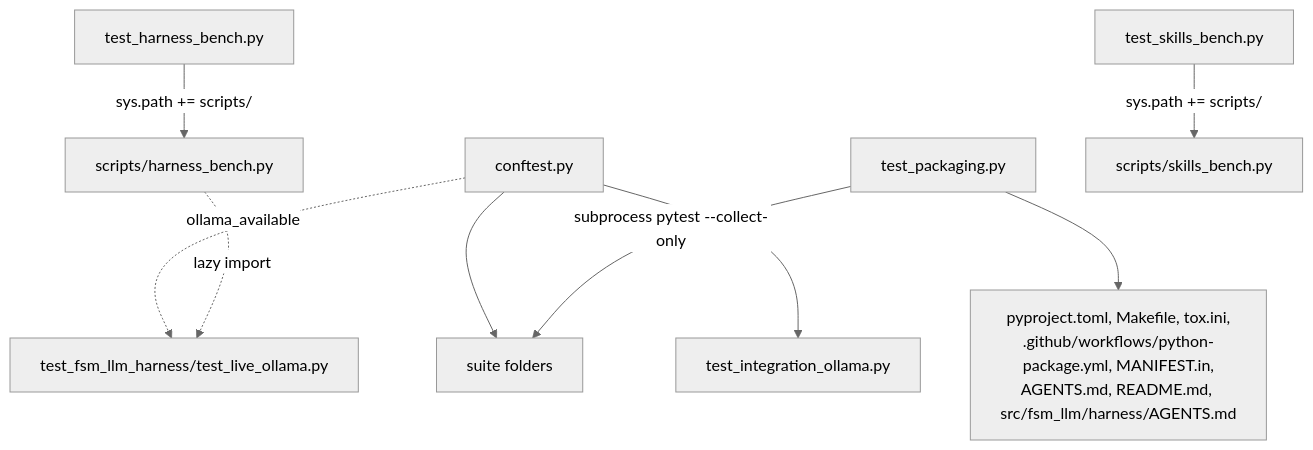
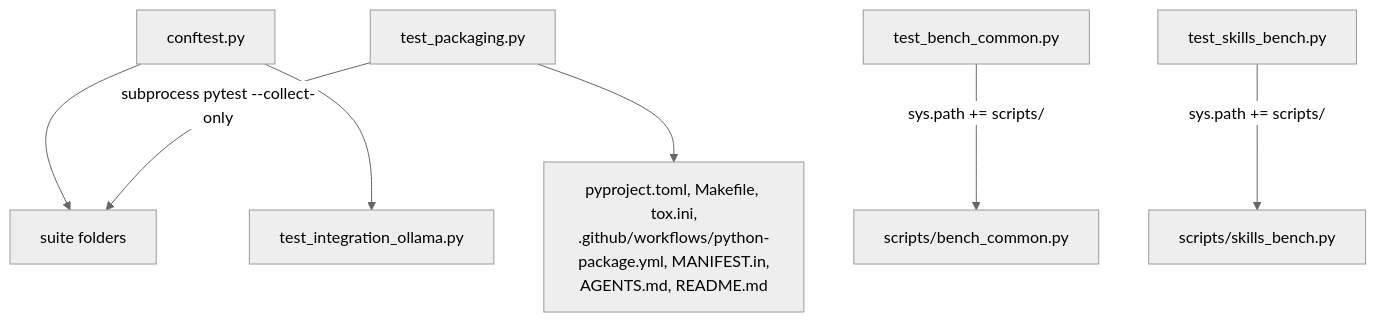
One commit to NikolasMarkou/fsm_llm changed the diagram in tests/AGENTS.md. Above: the diagram before and after it, drawn with Mermaid (neutral theme). The commit also changed other lines of this file and 7 other files, not shown here.

First line of the commit message:
[plan-2026-10-23-9312581f/iter-1/step-6] docs(tests): remove the harness from the test guides and the bench data README

````diff
--- a/tests/AGENTS.md
+++ b/tests/AGENTS.md
@@ -14,11 +14,9 @@
 ```mermaid
 flowchart TD
     conf[conftest.py] --> S[suite folders]
     conf --> io[test_integration_ollama.py]
-    conf -. ollama_available .-> hl[test_fsm_llm_harness/test_live_ollama.py]
     pkg[test_packaging.py] -->|subprocess pytest --collect-only| S
-    pkg --> files[pyproject.toml, Makefile, tox.ini,<br/>.github/workflows/python-package.yml, MANIFEST.in,<br/>AGENTS.md, README.md, src/fsm_llm/harness/AGENTS.md]
-    thb[test_harness_bench.py] -->|sys.path += scripts/| hb[scripts/harness_bench.py]
+    pkg --> files[pyproject.toml, Makefile, tox.ini,<br/>.github/workflows/python-package.yml, MANIFEST.in,<br/>AGENTS.md, README.md]
+    tbc[test_bench_common.py] -->|sys.path += scripts/| bc[scripts/bench_common.py]
     tsb[test_skills_bench.py] -->|sys.path += scripts/| sb[scripts/skills_bench.py]
-    hb -. lazy import .-> hl
 ```
````
